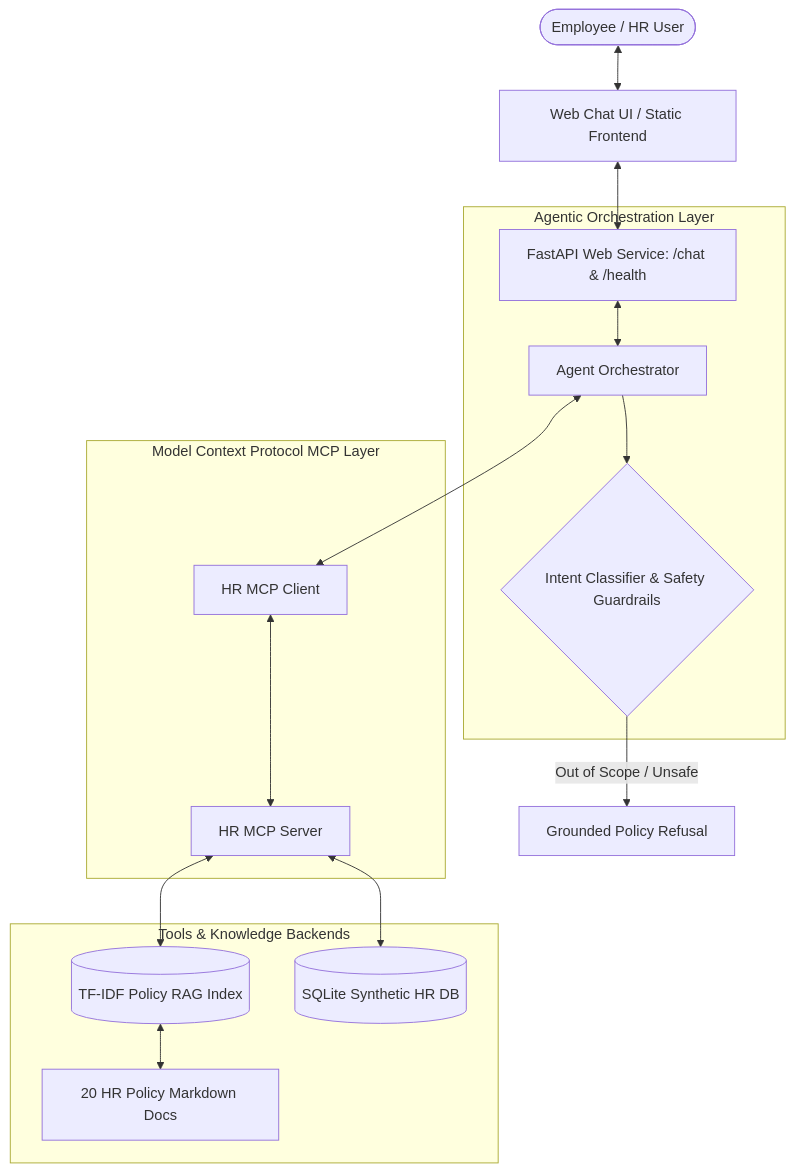
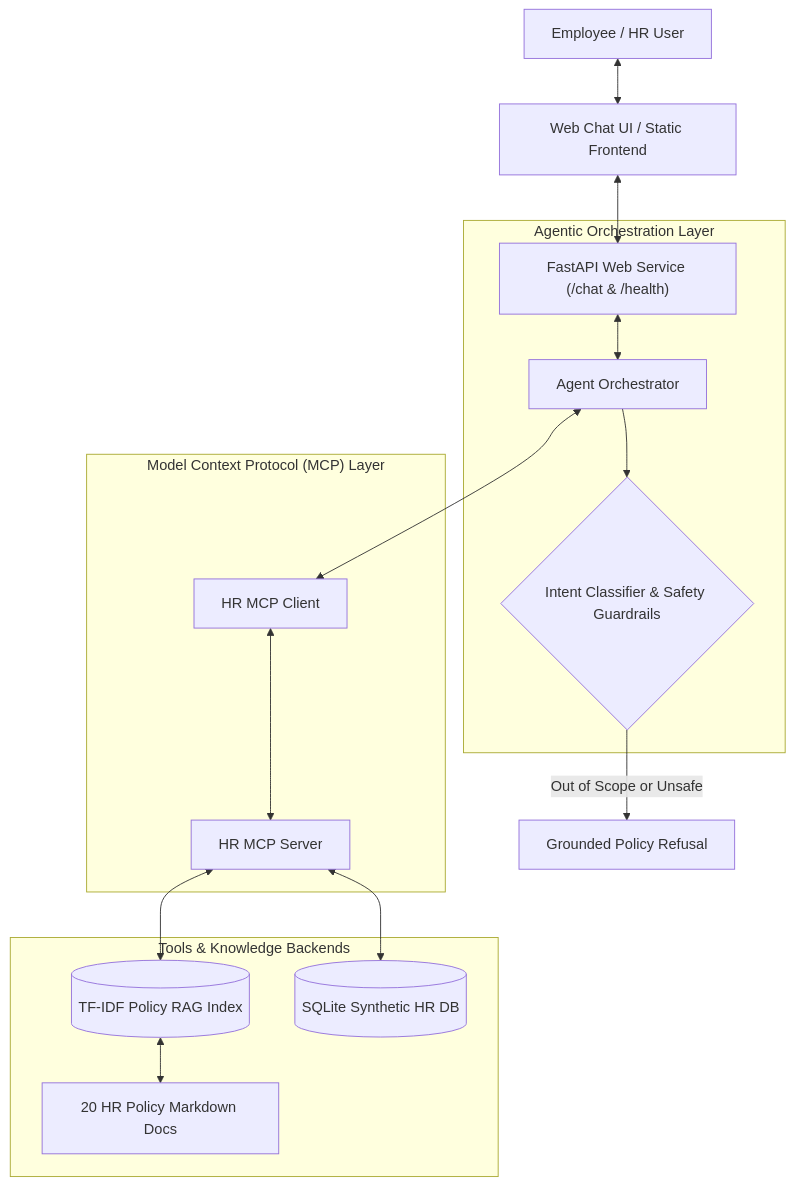
The diagram in README.md (mukuns/hr-agentic-system), drawn with Mermaid before and after one commit. The commit also changed 1 other file, not shown here.

Commit message:
fix(docs): fix Mermaid diagram syntax for GitHub rendering

````diff
--- a/README.md
+++ b/README.md
@@ -34,23 +34,23 @@
 ```mermaid
 flowchart TD
-    User([Employee / HR User]) <--> UI[Web Chat UI / Static Frontend]
-    UI <--> API[FastAPI Web Service: /chat & /health]
+    User["Employee / HR User"] <--> UI["Web Chat UI / Static Frontend"]
+    UI <--> API["FastAPI Web Service (/chat & /health)"]
     
-    subgraph Agentic Orchestration Layer
-        API <--> Orchestrator[Agent Orchestrator]
-        Orchestrator --> IntentClassifier{Intent Classifier & Safety Guardrails}
+    subgraph Orchestration ["Agentic Orchestration Layer"]
+        API <--> Orchestrator["Agent Orchestrator"]
+        Orchestrator --> IntentClassifier{"Intent Classifier & Safety Guardrails"}
     end
 
-    subgraph Model Context Protocol MCP Layer
-        Orchestrator <--> MCPClient[HR MCP Client]
-        MCPClient <--> MCPServer[HR MCP Server]
+    subgraph MCPLayer ["Model Context Protocol (MCP) Layer"]
+        Orchestrator <--> MCPClient["HR MCP Client"]
+        MCPClient <--> MCPServer["HR MCP Server"]
     end
 
-    subgraph Tools & Knowledge Backends
-        MCPServer <--> RAGIndex[(TF-IDF Policy RAG Index)]
-        MCPServer <--> MockDB[(SQLite Synthetic HR DB)]
-        RAGIndex <--> Corpus[20 HR Policy Markdown Docs]
+    subgraph Storage ["Tools & Knowledge Backends"]
+        MCPServer <--> RAGIndex[("TF-IDF Policy RAG Index")]
+        MCPServer <--> MockDB[("SQLite Synthetic HR DB")]
+        RAGIndex <--> Corpus["20 HR Policy Markdown Docs"]
     end
 
-    IntentClassifier -- Out of Scope / Unsafe --> Refusal[Grounded Policy Refusal]
+    IntentClassifier -->|"Out of Scope or Unsafe"| Refusal["Grounded Policy Refusal"]
 ```
````
